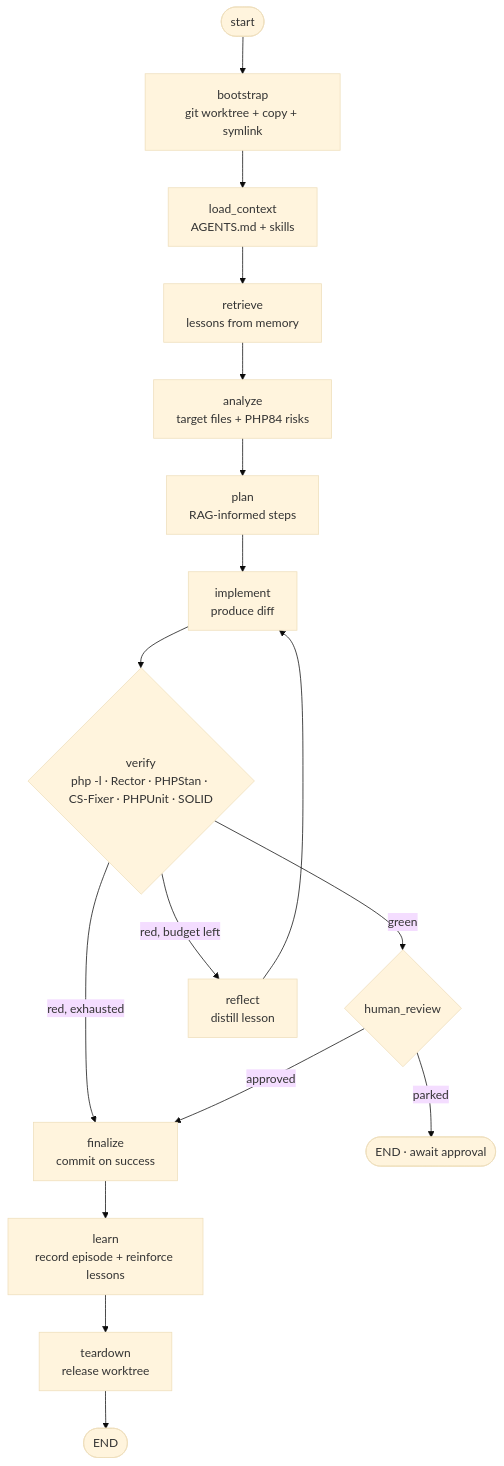
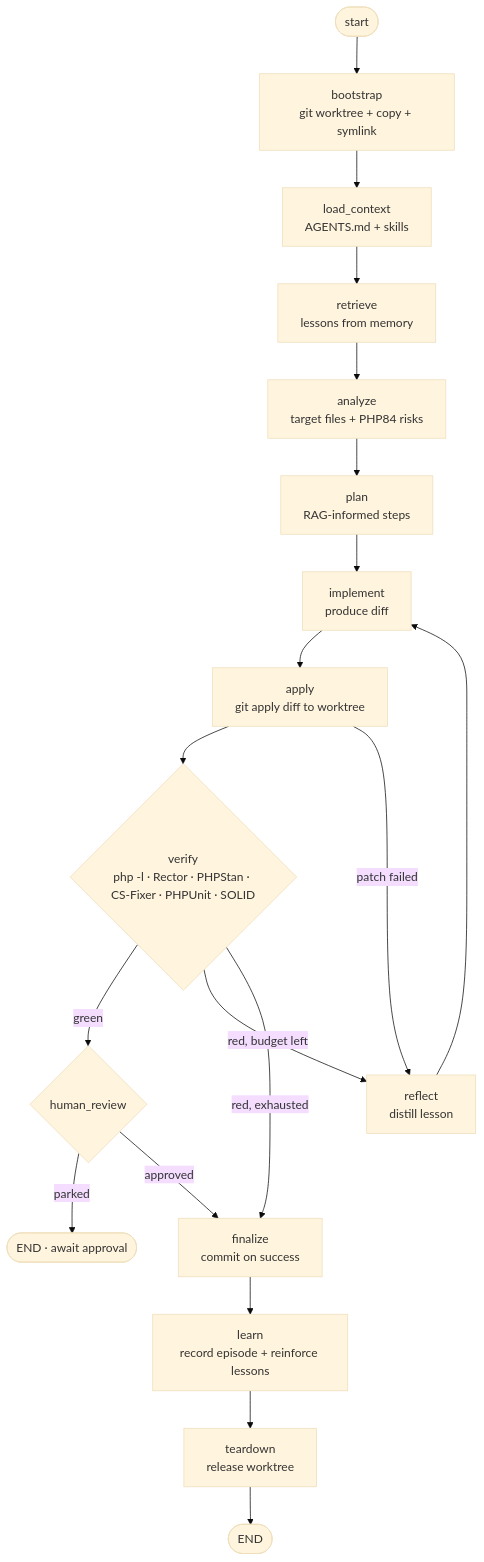
One commit to izotopSVK/ai_workflow_orchestrator changed the diagram in docs/dev_orchestrator.md. Above: the diagram before and after it, drawn with Mermaid (base theme). The commit also changed other lines of this file and 6 other files, not shown here.

First line of the commit message:
Apply the diff to the worktree before verify/commit

````diff
--- a/docs/dev_orchestrator.md
+++ b/docs/dev_orchestrator.md
@@ -14,21 +14,23 @@
 ```mermaid
 flowchart TD
     START([start]) --> bootstrap
     bootstrap[bootstrap<br/>git worktree + copy + symlink] --> load_context
     load_context[load_context<br/>AGENTS.md + skills] --> retrieve
     retrieve[retrieve<br/>lessons from memory] --> analyze
     analyze[analyze<br/>target files + PHP84 risks] --> plan
     plan[plan<br/>RAG-informed steps] --> implement
-    implement[implement<br/>produce diff] --> verify
+    implement[implement<br/>produce diff] --> apply
+    apply[apply<br/>git apply diff to worktree] --> verify
+    apply -- patch failed --> reflect
     verify{verify<br/>php -l · Rector · PHPStan · CS-Fixer · PHPUnit · SOLID}
     verify -- green --> human_review
     verify -- red, budget left --> reflect
     verify -- red, exhausted --> finalize
     reflect[reflect<br/>distill lesson] --> implement
     human_review{human_review}
     human_review -- parked --> ENDP([END · await approval])
     human_review -- approved --> finalize
     finalize[finalize<br/>commit on success] --> learn
     learn[learn<br/>record episode + reinforce lessons] --> teardown
     teardown[teardown<br/>release worktree] --> ENDF([END])
 ```
````
